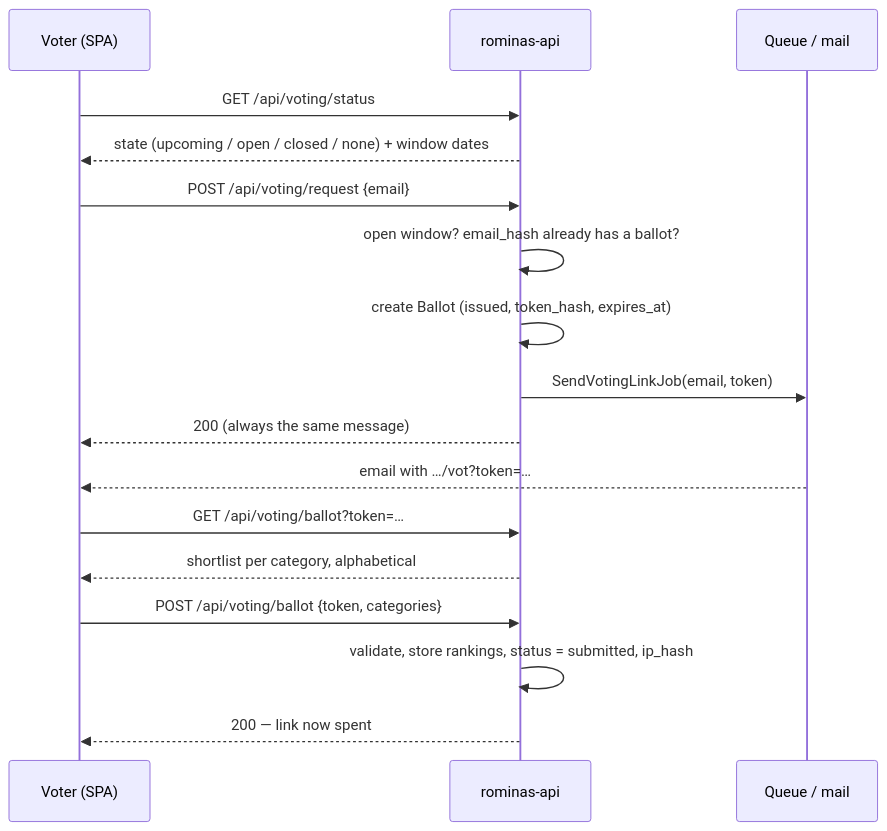
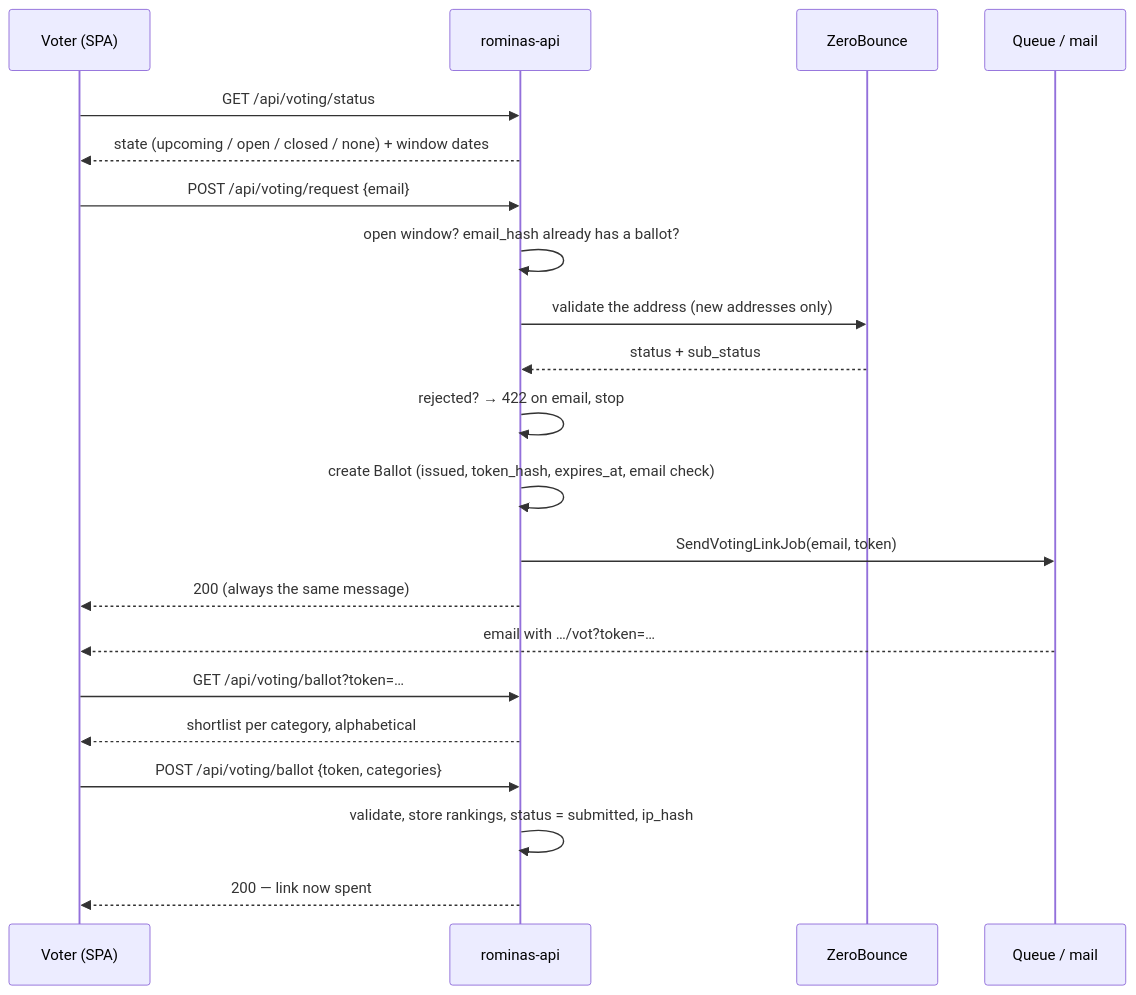
The diagram in docs/voting.md (soma-labs/rominas-api), drawn with Mermaid before and after one commit. The commit also changed other lines of this file and 26 other files, not shown here.

First line of the commit message:
Validate voting-link addresses with ZeroBounce

````diff
--- a/docs/voting.md
+++ b/docs/voting.md
@@ -11,20 +11,24 @@
 ```mermaid
 sequenceDiagram
     participant V as Voter (SPA)
     participant API as rominas-api
+    participant ZB as ZeroBounce
     participant Q as Queue / mail
 
     V->>API: GET /api/voting/status
     API-->>V: state (upcoming / open / closed / none) + window dates
     V->>API: POST /api/voting/request {email}
     API->>API: open window? email_hash already has a ballot?
-    API->>API: create Ballot (issued, token_hash, expires_at)
+    API->>ZB: validate the address (new addresses only)
+    ZB-->>API: status + sub_status
+    API->>API: rejected? → 422 on email, stop
+    API->>API: create Ballot (issued, token_hash, expires_at, email check)
     API->>Q: SendVotingLinkJob(email, token)
     API-->>V: 200 (always the same message)
     Q-->>V: email with …/vot?token=…
     V->>API: GET /api/voting/ballot?token=…
     API-->>V: shortlist per category, alphabetical
     V->>API: POST /api/voting/ballot {token, categories}
     API->>API: validate, store rankings, status = submitted, ip_hash
     API-->>V: 200 — link now spent
 ```
````
